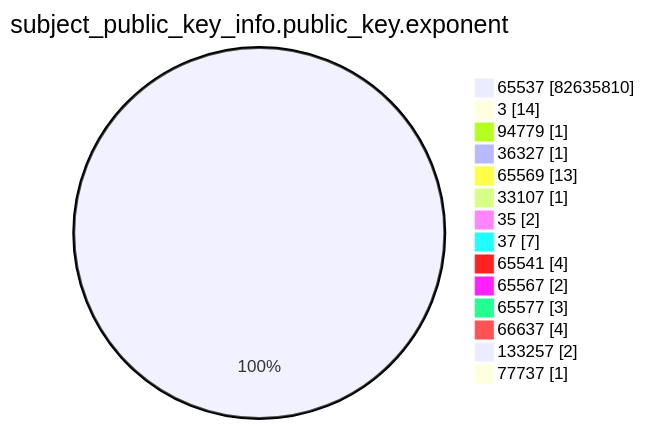
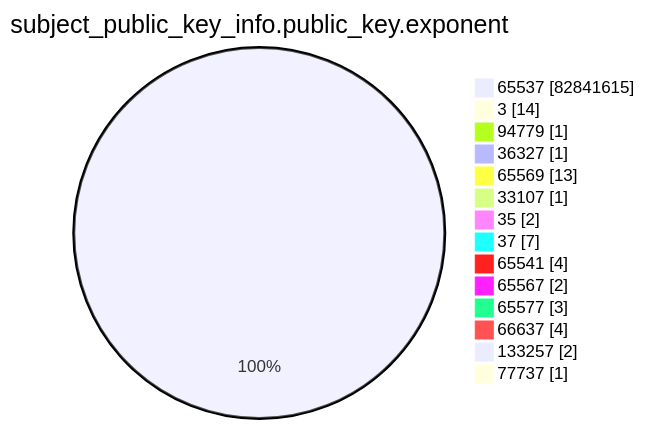
Before and after one commit to christiankrug/ctmonitor_visualization: the fourth of 15 diagrams in argon2023/README.md, drawn with Mermaid. The commit also changed other lines of this file, not shown here.

````diff
--- a/argon2023/README.md
+++ b/argon2023/README.md
@@ -1245,18 +1246,18 @@
 ```mermaid
 pie showData
 title subject_public_key_info.public_key.exponent
-"65537" :82635810
+"65537" :82841615
 "3" :14
 "94779" :1
 "36327" :1
 "65569" :13
 "33107" :1
 "35" :2
 "37" :7
 "65541" :4
 "65567" :2
 "65577" :3
 "66637" :4
 "133257" :2
 "77737" :1
 ```
````
